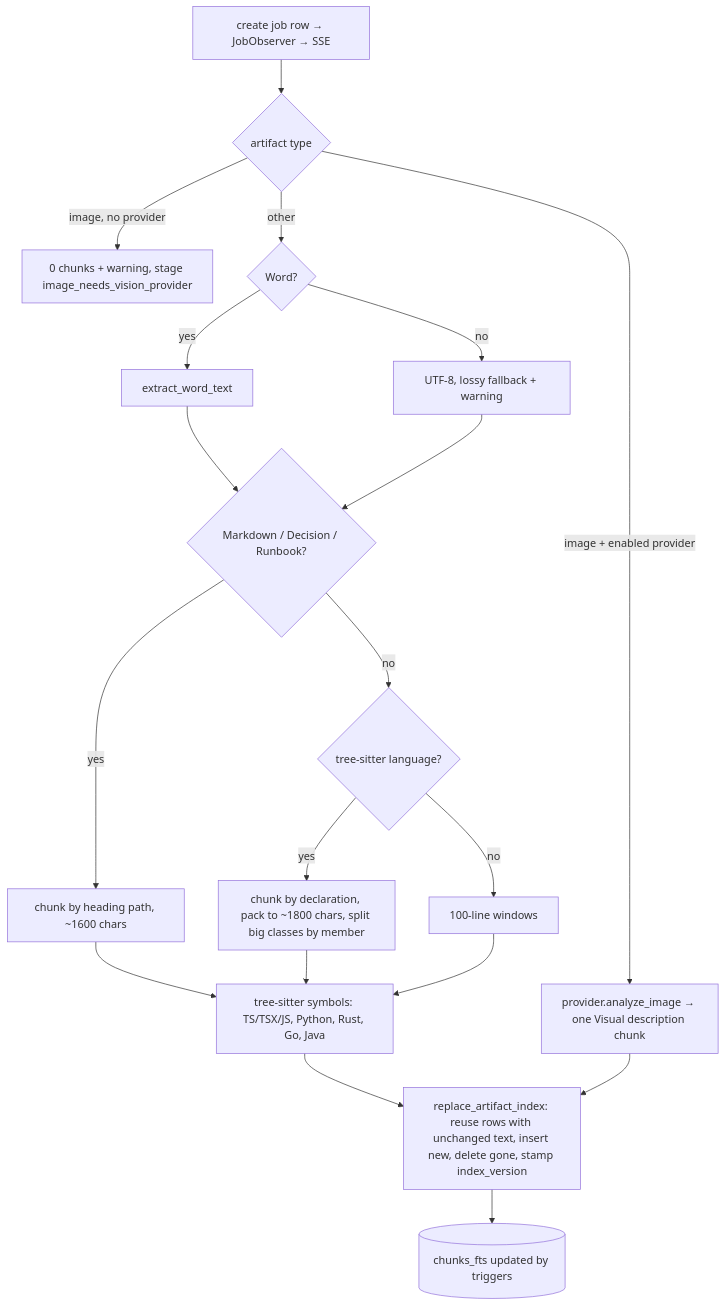
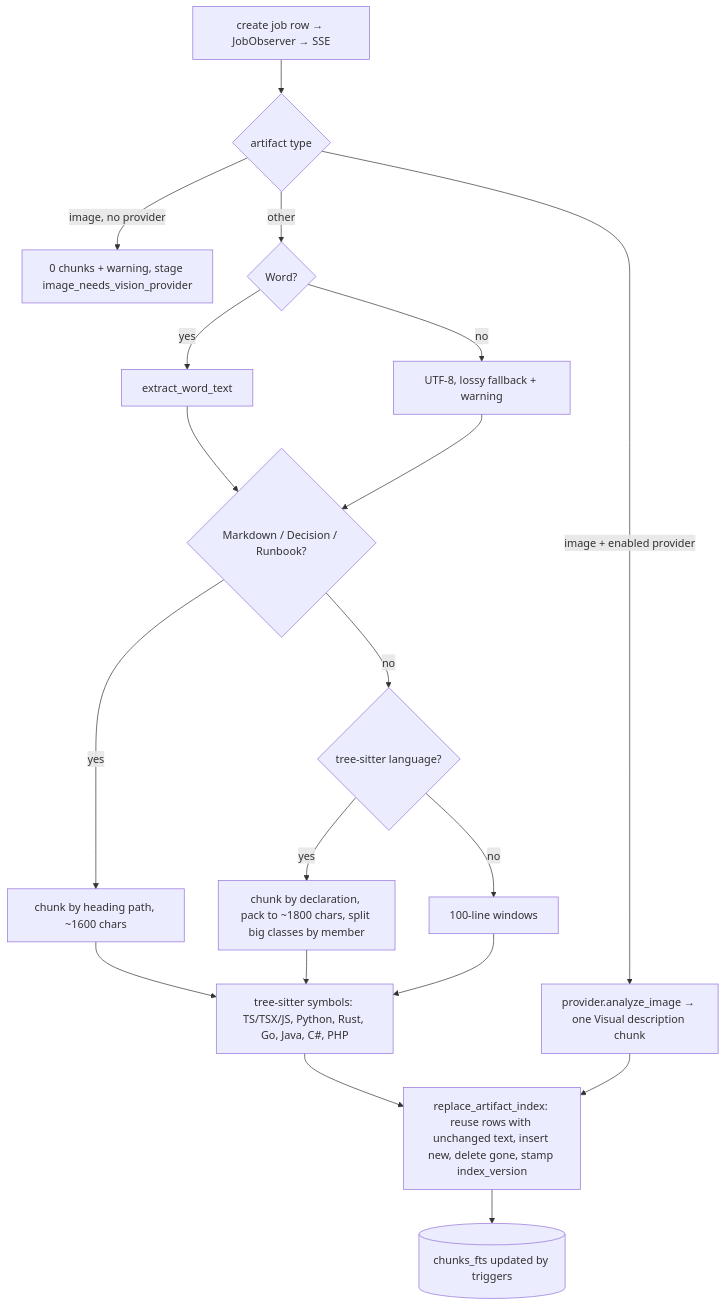
The fifth of 6 diagrams in mindmap/TECHNICAL_MINDMAP.md (winksen/RepoMemo), drawn with Mermaid before and after one commit. The commit also changed other lines of this file and 18 other files, not shown here.

````diff
--- a/mindmap/TECHNICAL_MINDMAP.md
+++ b/mindmap/TECHNICAL_MINDMAP.md
@@ -497,21 +497,21 @@
 ```mermaid
 flowchart TD
   J["create job row → JobObserver → SSE"] --> T{artifact type}
   T -- image + enabled provider --> V["provider.analyze_image → one Visual description chunk"]
   T -- image, no provider --> N["0 chunks + warning, stage image_needs_vision_provider"]
   T -- other --> W{Word?}
   W -- yes --> WX[extract_word_text]
   W -- no --> U[UTF-8, lossy fallback + warning]
   WX --> CH
   U --> CH{Markdown / Decision / Runbook?}
   CH -- yes --> MD[chunk by heading path, ~1600 chars]
   CH -- no --> TS{tree-sitter language?}
   TS -- yes --> CD[chunk by declaration, pack to ~1800 chars, split big classes by member]
   TS -- no --> LW[100-line windows]
-  MD --> SY[tree-sitter symbols: TS/TSX/JS, Python, Rust, Go, Java]
+  MD --> SY[tree-sitter symbols: TS/TSX/JS, Python, Rust, Go, Java, C#, PHP]
   CD --> SY
   LW --> SY
   SY --> RP["replace_artifact_index: reuse rows with unchanged text, insert new, delete gone, stamp index_version"]
   V --> RP
   RP --> FTS[(chunks_fts updated by triggers)]
 ```
````
